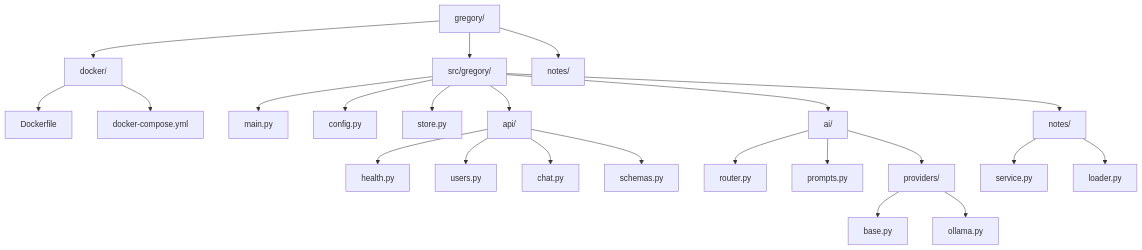
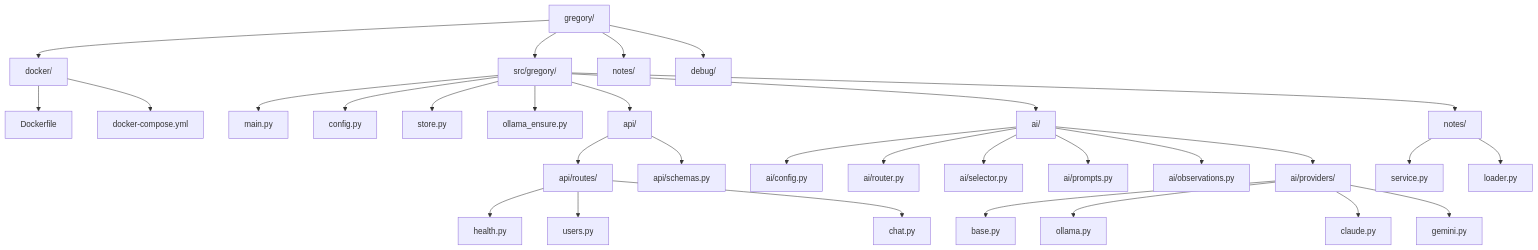
One commit to StevenGann/Gregory changed the sixth of 6 diagrams in docs/ARCHITECTURE.md. Above: the diagram before and after it, drawn with Mermaid. The commit also changed other lines of this file and 28 other files, not shown here.

````diff
--- a/docs/ARCHITECTURE.md
+++ b/docs/ARCHITECTURE.md
@@ -142,36 +205,45 @@
 ```mermaid
 flowchart TD
     root[gregory/]
     docker[docker/]
     src[src/gregory/]
     notes[notes/]
+    debug[debug/]
 
     root --> docker
     root --> src
     root --> notes
+    root --> debug
 
     docker --> Dockerfile[Dockerfile]
     docker --> compose[docker-compose.yml]
 
     src --> main[main.py]
     src --> config[config.py]
     src --> store[store.py]
+    src --> ollama_ensure[ollama_ensure.py]
     src --> api[api/]
     src --> ai[ai/]
     src --> notes_src[notes/]
 
-    api --> health[health.py]
-    api --> users[users.py]
-    api --> chat[chat.py]
-    api --> schemas[schemas.py]
+    api --> routes[api/routes/]
+    api --> schemas[api/schemas.py]
+    routes --> health[health.py]
+    routes --> users[users.py]
+    routes --> chat[chat.py]
 
-    ai --> router[router.py]
-    ai --> prompts[prompts.py]
-    ai --> providers[providers/]
+    ai --> config_ai[ai/config.py]
+    ai --> router[ai/router.py]
+    ai --> selector[ai/selector.py]
+    ai --> prompts[ai/prompts.py]
+    ai --> observations[ai/observations.py]
+    ai --> providers[ai/providers/]
 
     providers --> base[base.py]
     providers --> ollama[ollama.py]
+    providers --> claude[claude.py]
+    providers --> gemini[gemini.py]
 
     notes_src --> service[service.py]
     notes_src --> loader[loader.py]
 ```
````
